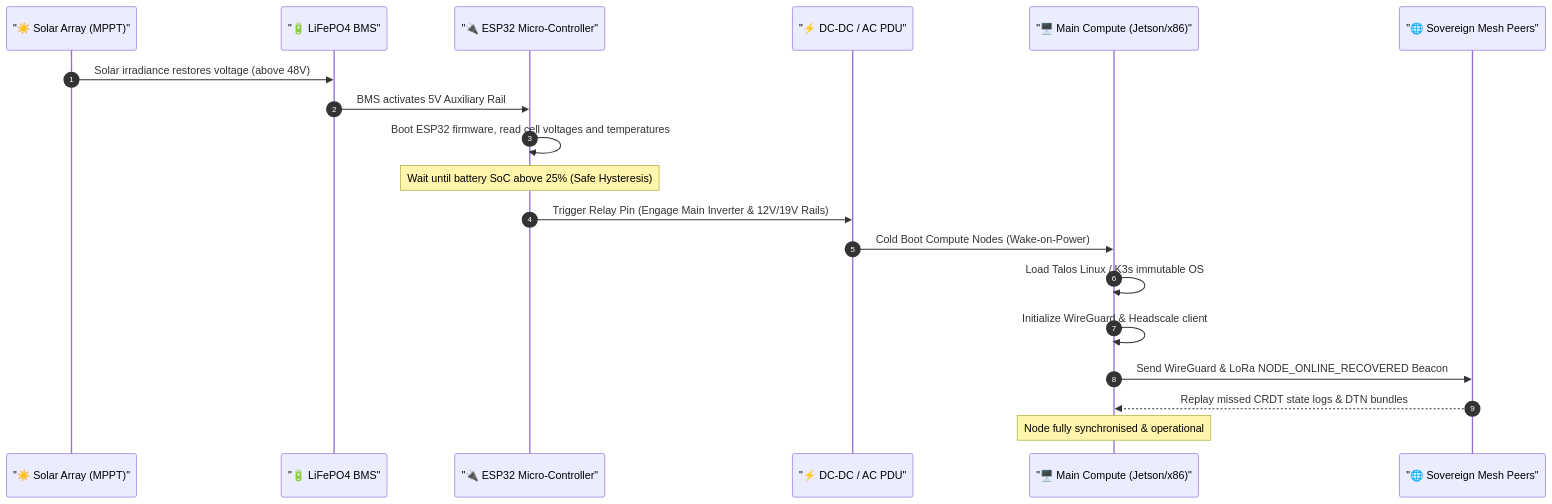
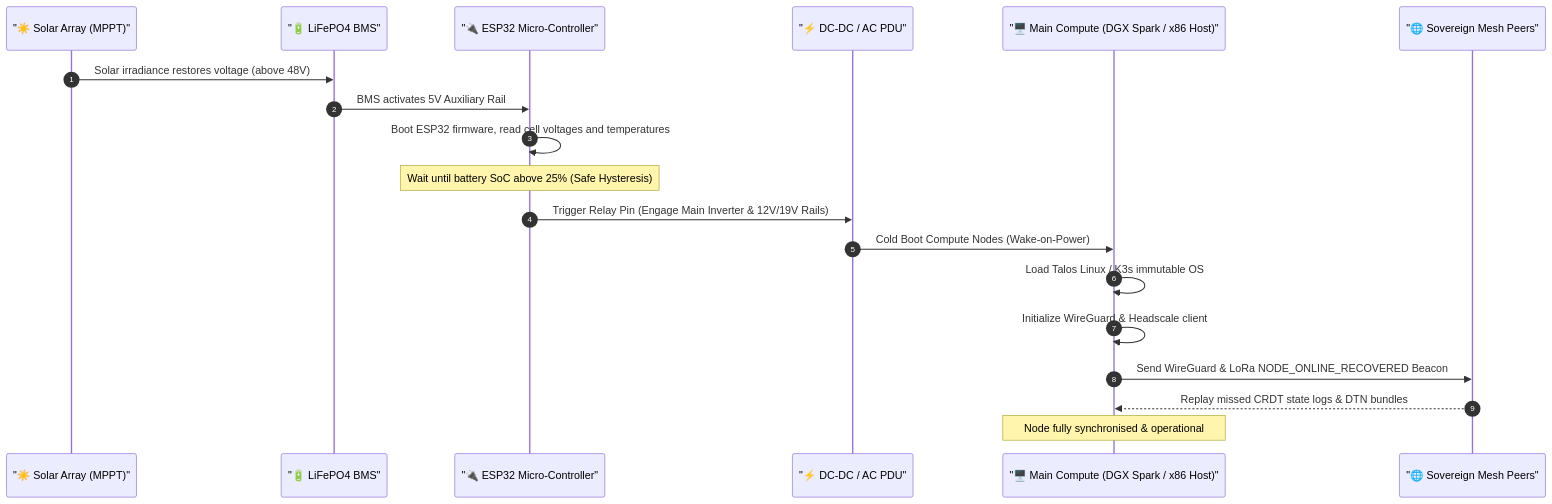
Before and after one commit to iliachry/sovereign-mini-datacenter: the fifth of 6 diagrams in ARCHITECTURE.md, drawn with Mermaid. The commit also changed other lines of this file and 174 other files, not shown here.

````diff
--- a/ARCHITECTURE.md
+++ b/ARCHITECTURE.md
@@ -314,22 +314,22 @@
 ```mermaid
 sequenceDiagram
     autonumber
     participant Sun as "☀️ Solar Array (MPPT)"
     participant BMS as "🔋 LiFePO4 BMS"
     participant ESP as "🔌 ESP32 Micro-Controller"
     participant PDU as "⚡ DC-DC / AC PDU"
-    participant Compute as "🖥️ Main Compute (Jetson/x86)"
+    participant Compute as "🖥️ Main Compute (DGX Spark / x86 Host)"
     participant Mesh as "🌐 Sovereign Mesh Peers"
 
     Sun->>BMS: Solar irradiance restores voltage (above 48V)
     BMS->>ESP: BMS activates 5V Auxiliary Rail
     ESP->>ESP: Boot ESP32 firmware, read cell voltages and temperatures
     Note over ESP: Wait until battery SoC above 25% (Safe Hysteresis)
     ESP->>PDU: Trigger Relay Pin (Engage Main Inverter & 12V/19V Rails)
     PDU->>Compute: Cold Boot Compute Nodes (Wake-on-Power)
     Compute->>Compute: Load Talos Linux / K3s immutable OS
     Compute->>Compute: Initialize WireGuard & Headscale client
     Compute->>Mesh: Send WireGuard & LoRa NODE_ONLINE_RECOVERED Beacon
     Mesh-->>Compute: Replay missed CRDT state logs & DTN bundles
     Note over Compute: Node fully synchronised & operational
 ```
````
